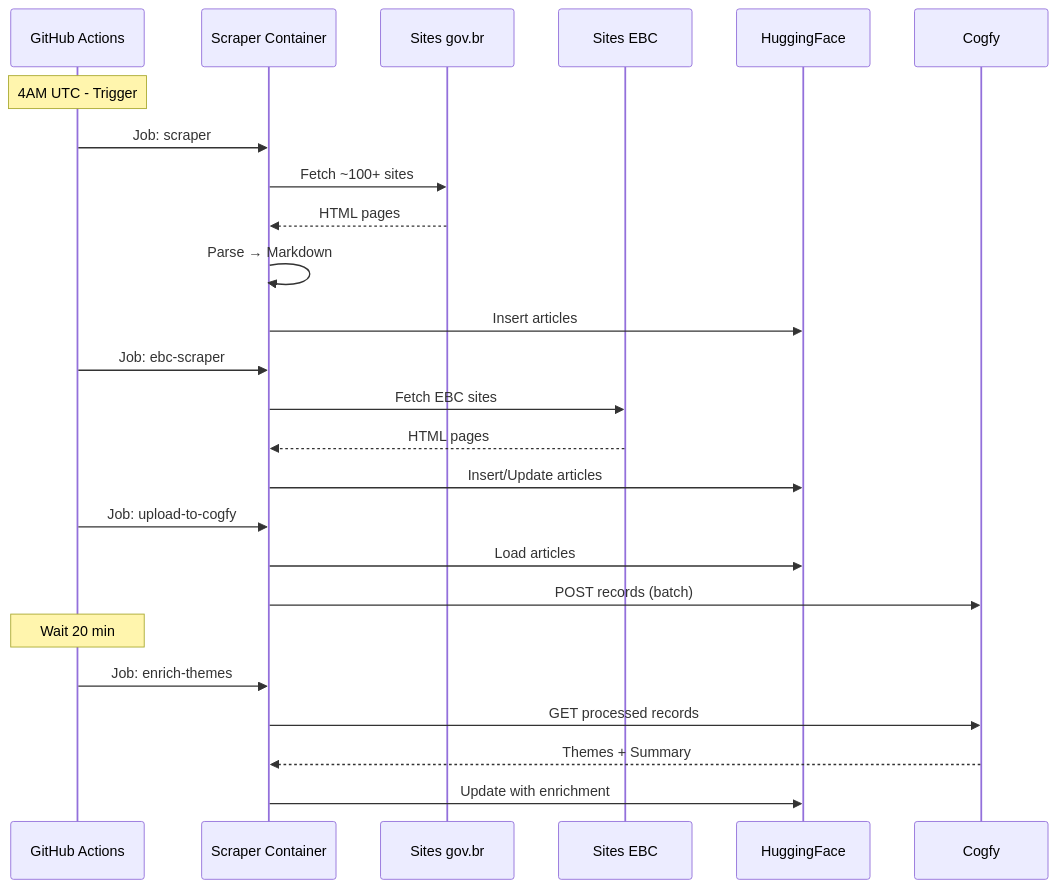
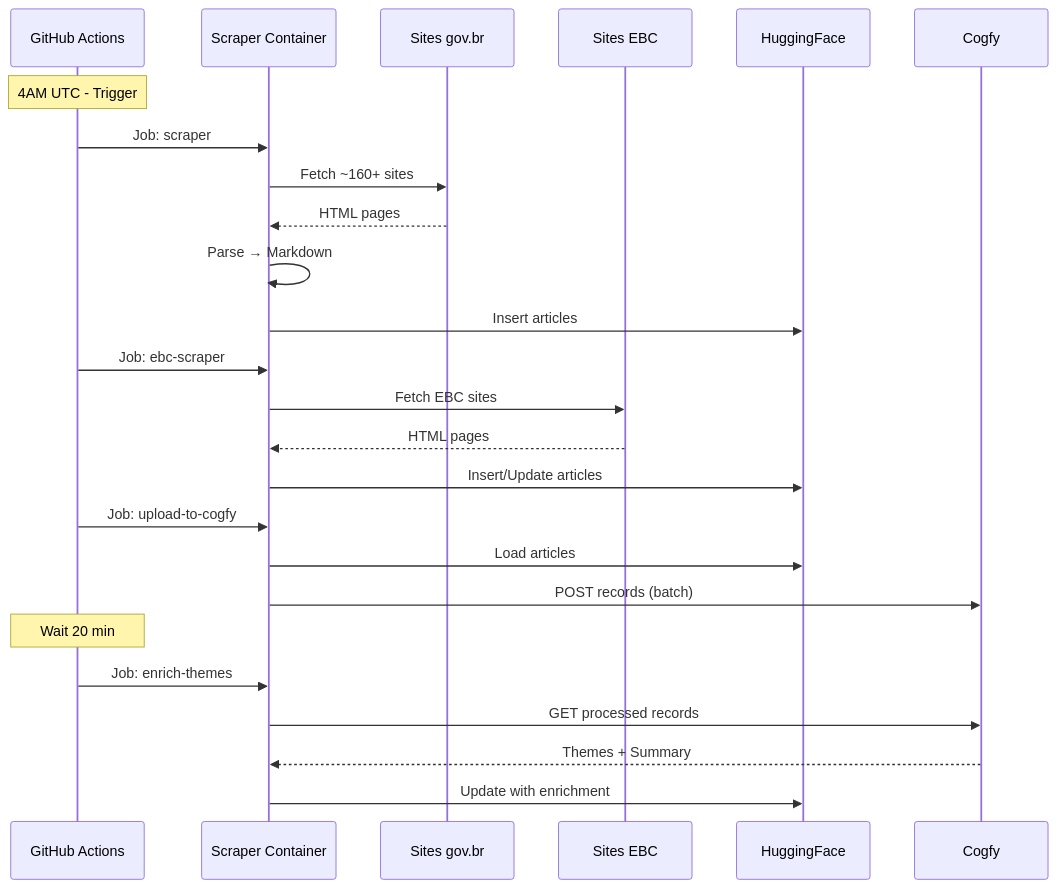
The second of 2 diagrams in workflows/scraper-pipeline.md (destaquesgovbr/docs), drawn with Mermaid before and after one commit. The commit also changed 3 other files, not shown here.

Commit message:
atualiza documentação técnica do fluxo de dados e scraper para refletir a raspagem de ~160 sites gov.br

````diff
--- a/workflows/scraper-pipeline.md
+++ b/workflows/scraper-pipeline.md
@@ -172,33 +172,33 @@
 ```mermaid
 sequenceDiagram
     participant GH as GitHub Actions
     participant SC as Scraper Container
     participant GOV as Sites gov.br
     participant EBC as Sites EBC
     participant HF as HuggingFace
     participant CF as Cogfy
 
     Note over GH: 4AM UTC - Trigger
 
     GH->>SC: Job: scraper
-    SC->>GOV: Fetch ~100+ sites
+    SC->>GOV: Fetch ~160+ sites
     GOV-->>SC: HTML pages
     SC->>SC: Parse → Markdown
     SC->>HF: Insert articles
 
     GH->>SC: Job: ebc-scraper
     SC->>EBC: Fetch EBC sites
     EBC-->>SC: HTML pages
     SC->>HF: Insert/Update articles
 
     GH->>SC: Job: upload-to-cogfy
     SC->>HF: Load articles
     SC->>CF: POST records (batch)
 
     Note over GH: Wait 20 min
 
     GH->>SC: Job: enrich-themes
     SC->>CF: GET processed records
     CF-->>SC: Themes + Summary
     SC->>HF: Update with enrichment
 ```
````
